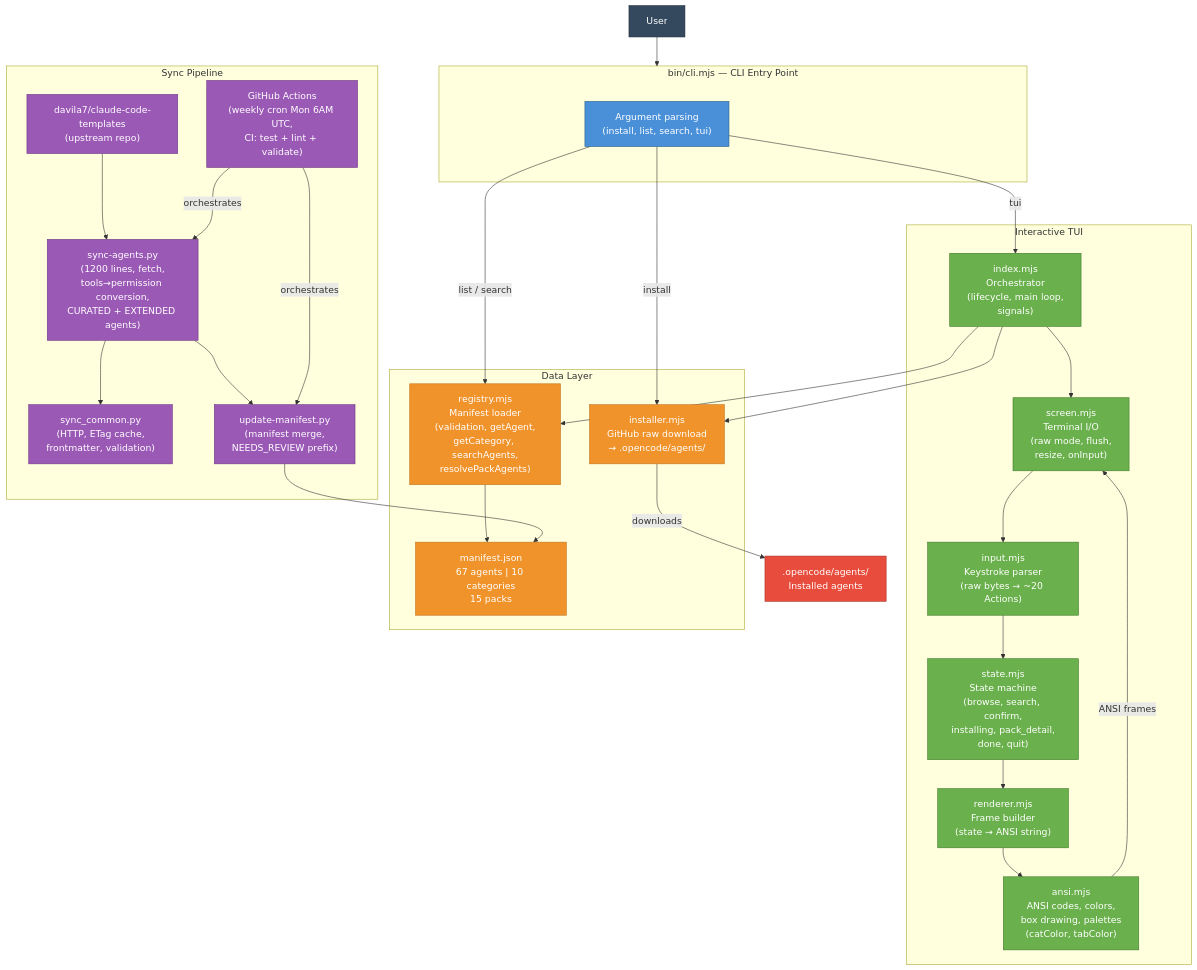
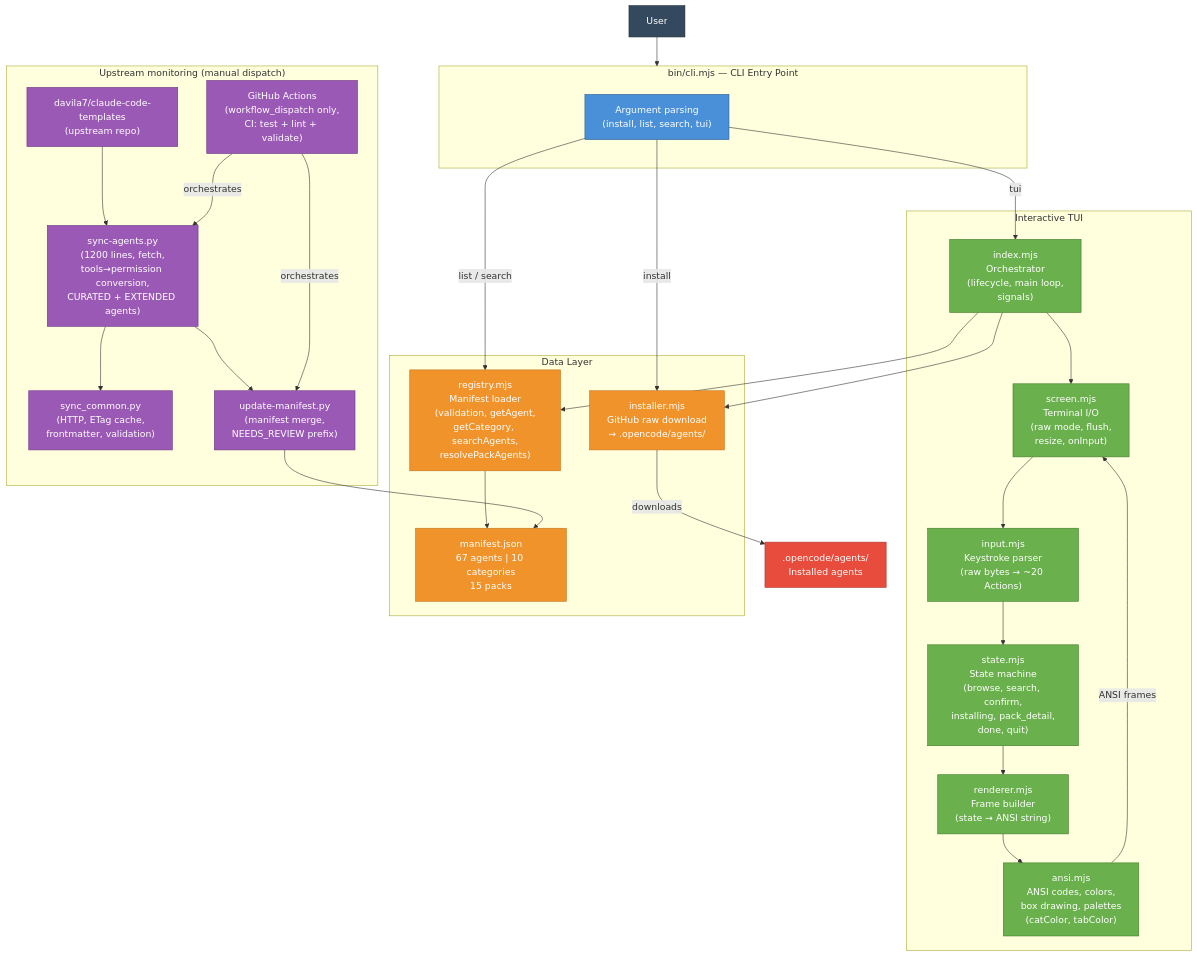
Before and after one commit to dmicheneau/opencode-template-agent: the diagram in README.en.md, drawn with Mermaid. The commit also changed other lines of this file and 3 other files, not shown here.

First line of the commit message:
docs: reframe sync as upstream discovery tool, rewrite CONTRIBUTING

````diff
--- a/README.en.md
+++ b/README.en.md
@@ -112,71 +114,71 @@
 ```mermaid
 flowchart TB
     User["User"]
 
     subgraph CLI["bin/cli.mjs — CLI Entry Point"]
         Parse["Argument parsing<br/>(install, list, search, tui)"]
     end
 
     subgraph TUI["Interactive TUI"]
         Index["index.mjs<br/>Orchestrator<br/>(lifecycle, main loop,<br/>signals)"]
         Screen["screen.mjs<br/>Terminal I/O<br/>(raw mode, flush,<br/>resize, onInput)"]
         Input["input.mjs<br/>Keystroke parser<br/>(raw bytes → ~20 Actions)"]
         State["state.mjs<br/>State machine<br/>(browse, search, confirm,<br/>installing, pack_detail,<br/>done, quit)"]
         Renderer["renderer.mjs<br/>Frame builder<br/>(state → ANSI string)"]
         Ansi["ansi.mjs<br/>ANSI codes, colors,<br/>box drawing, palettes<br/>(catColor, tabColor)"]
     end
 
     subgraph Data["Data Layer"]
         Registry["registry.mjs<br/>Manifest loader<br/>(validation, getAgent,<br/>getCategory, searchAgents,<br/>resolvePackAgents)"]
         Manifest["manifest.json<br/>67 agents | 10 categories<br/>15 packs"]
         Installer["installer.mjs<br/>GitHub raw download<br/>→ .opencode/agents/"]
     end
 
-    subgraph Sync["Sync Pipeline"]
+    subgraph Sync["Upstream monitoring (manual dispatch)"]
         Upstream["davila7/claude-code-templates<br/>(upstream repo)"]
         SyncScript["sync-agents.py<br/>(1200 lines, fetch,<br/>tools→permission conversion,<br/>CURATED + EXTENDED agents)"]
         SyncCommon["sync_common.py<br/>(HTTP, ETag cache,<br/>frontmatter, validation)"]
         UpdateManifest["update-manifest.py<br/>(manifest merge,<br/>NEEDS_REVIEW prefix)"]
-        GHA["GitHub Actions<br/>(weekly cron Mon 6AM UTC,<br/>CI: test + lint + validate)"]
+        GHA["GitHub Actions<br/>(workflow_dispatch only,<br/>CI: test + lint + validate)"]
     end
 
     LocalDir[".opencode/agents/<br/>Installed agents"]
 
     User --> CLI
     Parse -->|"tui"| Index
     Parse -->|"install"| Installer
     Parse -->|"list / search"| Registry
 
     Index --> Screen
     Screen --> Input
     Input --> State
     State --> Renderer
     Renderer --> Ansi
     Ansi -->|"ANSI frames"| Screen
 
     Index --> Registry
     Index --> Installer
     Registry --> Manifest
     Installer -->|"downloads"| LocalDir
 
     Upstream --> SyncScript
     SyncScript --> SyncCommon
     SyncScript --> UpdateManifest
     UpdateManifest --> Manifest
     GHA -->|"orchestrates"| SyncScript
     GHA -->|"orchestrates"| UpdateManifest
 
     classDef entrypoint fill:#4a90d9,stroke:#2c5f8a,color:#fff
     classDef tui fill:#6ab04c,stroke:#3d7a28,color:#fff
     classDef data fill:#f0932b,stroke:#c0741e,color:#fff
     classDef sync fill:#9b59b6,stroke:#6c3483,color:#fff
     classDef storage fill:#e74c3c,stroke:#a93226,color:#fff
     classDef user fill:#34495e,stroke:#1c2833,color:#fff
 
     class User user
     class Parse entrypoint
     class Index,Screen,Input,State,Renderer,Ansi tui
     class Registry,Manifest,Installer data
     class Upstream,SyncScript,SyncCommon,UpdateManifest,GHA sync
     class LocalDir storage
 ```
````
